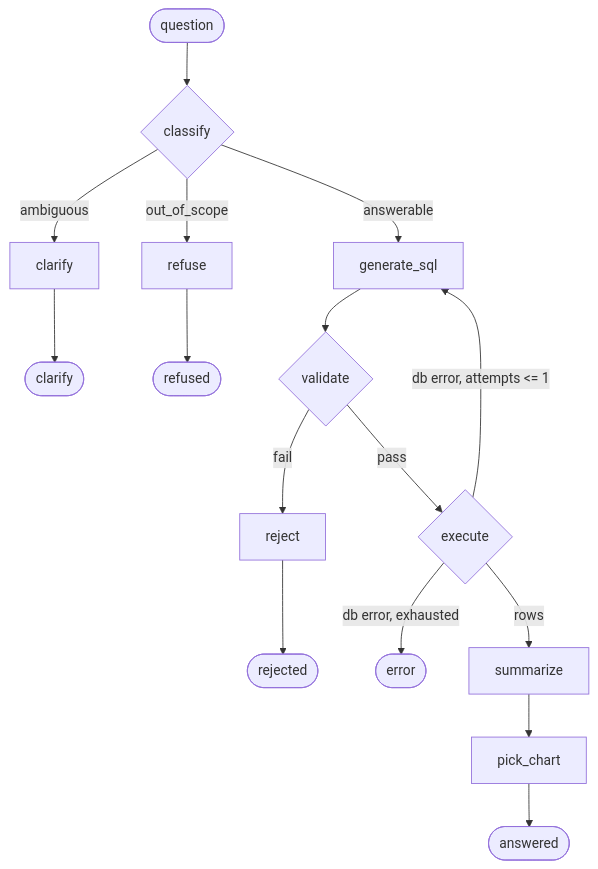
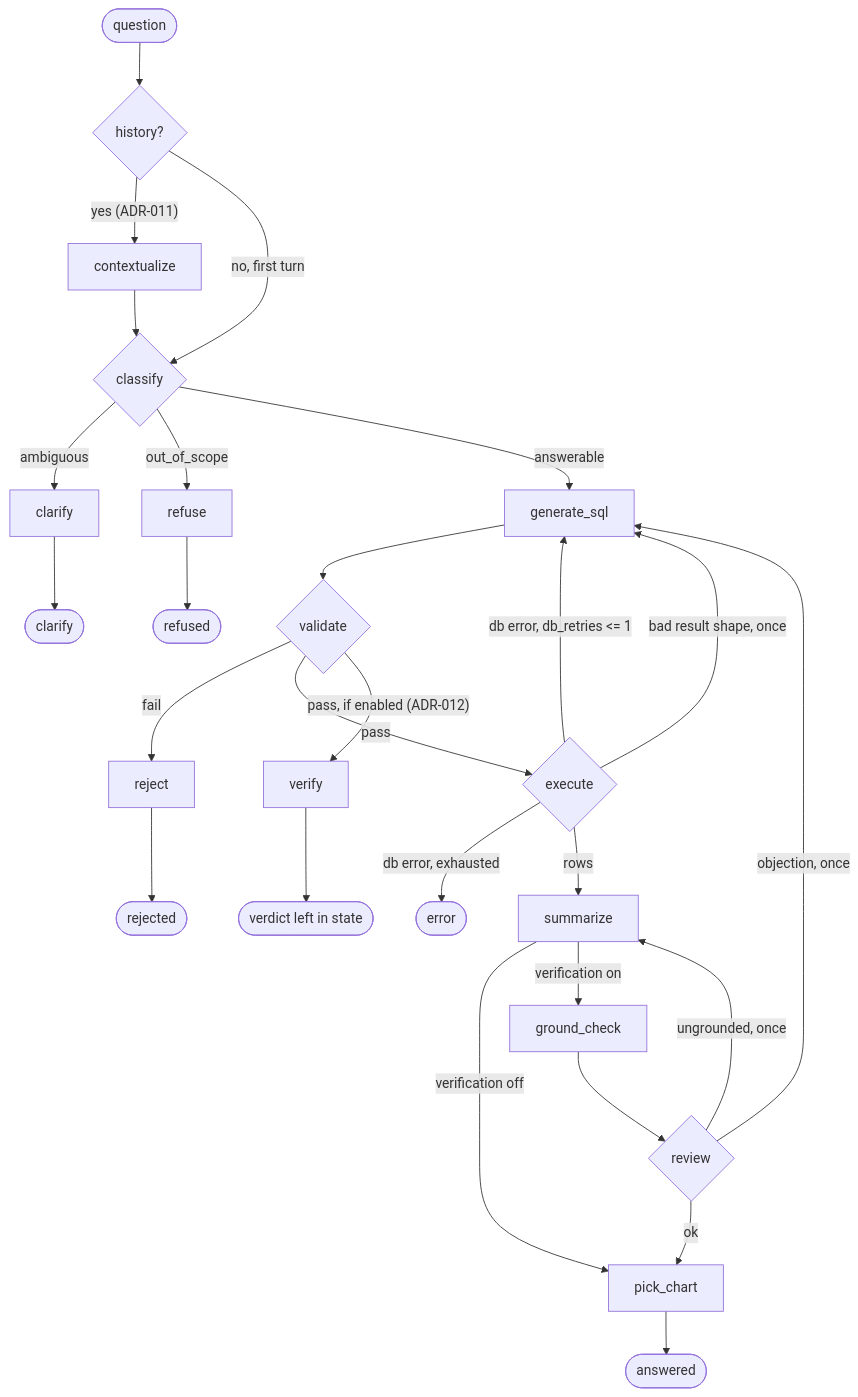
The third of 4 diagrams in docs/ARCHITECTURE.md (insafim/conversational-data-analyst), drawn with Mermaid before and after one commit. The commit also changed other lines of this file and 3 other files, not shown here.

````diff
--- a/docs/ARCHITECTURE.md
+++ b/docs/ARCHITECTURE.md
@@ -262,18 +262,29 @@
 ```mermaid
 flowchart TD
-    START([question]) --> C{classify}
+    START([question]) --> CX{history?}
+    CX -- "yes (ADR-011)" --> CTX[contextualize]
+    CX -- "no, first turn" --> C
+    CTX --> C{classify}
     C -- ambiguous --> CL[clarify]
     C -- out_of_scope --> RF[refuse]
     C -- answerable --> G[generate_sql]
     G --> V{validate}
     V -- fail --> RJ[reject]
     V -- pass --> E{execute}
-    E -- "db error, attempts <= 1" --> G
+    V -- "pass, if enabled (ADR-012)" --> VF[verify]
+    VF --> DV([verdict left in state])
+    E -- "db error, db_retries <= 1" --> G
+    E -- "bad result shape, once" --> G
     E -- "db error, exhausted" --> ERR([error])
     E -- rows --> S[summarize]
-    S --> P[pick_chart]
+    S -- "verification off" --> P[pick_chart]
+    S -- "verification on" --> GC[ground_check]
+    GC --> RV{review}
+    RV -- "objection, once" --> G
+    RV -- "ungrounded, once" --> S
+    RV -- ok --> P
     P --> D1([answered])
     CL --> D2([clarify])
     RF --> D3([refused])
     RJ --> D4([rejected])
 ```
````
